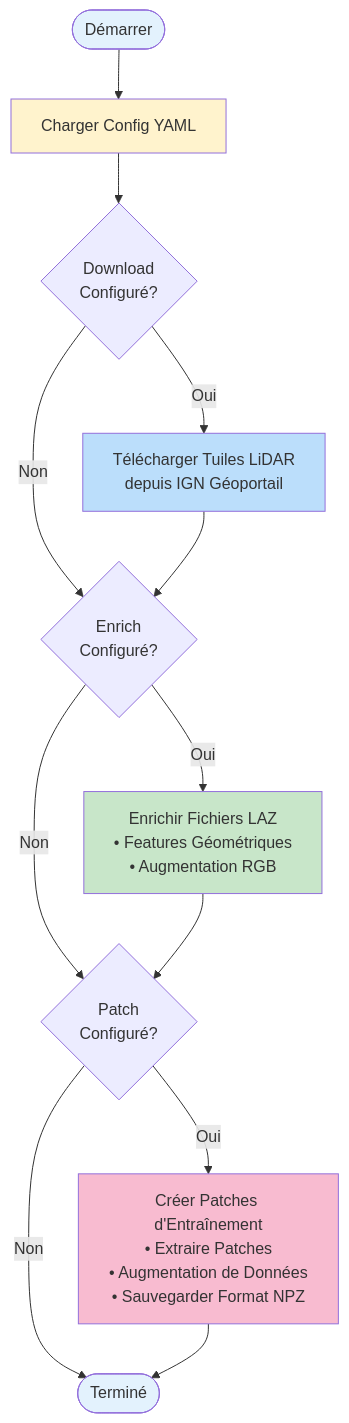
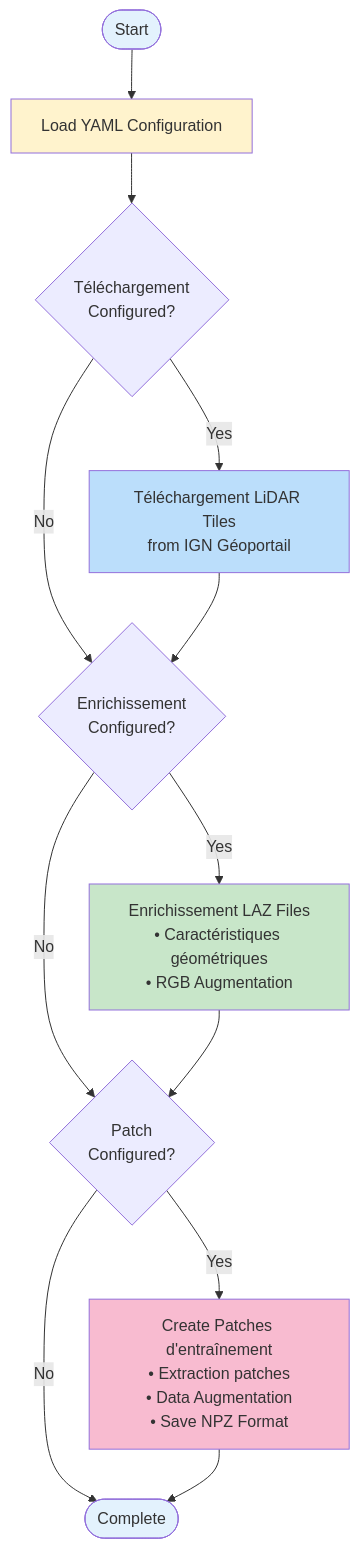
Before and after one commit to sducournau/IGN_LIDAR_HD_DATASET: the second of 2 diagrams in website/i18n/fr/docusaurus-plugin-content-docs/current/features/pipeline-configuration.md, drawn with Mermaid. The commit also changed other lines of this file and 42 other files, not shown here.

````diff
--- a/website/i18n/fr/docusaurus-plugin-content-docs/current/features/pipeline-configuration.md
+++ b/website/i18n/fr/docusaurus-plugin-content-docs/current/features/pipeline-configuration.md
@@ -42,24 +42,24 @@
 ```mermaid
 flowchart TD
-    Start([Démarrer]) --> Config[Charger Config YAML]
-    Config --> HasDownload{Download<br/>Configuré?}
+    Start([Start]) --> Config[Load YAML Configuration]
+    Config --> HasTéléchargement{Téléchargement<br/>Configured?}
 
-    HasDownload -->|Oui| Download[Télécharger Tuiles LiDAR<br/>depuis IGN Géoportail]
-    HasDownload -->|Non| HasEnrich{Enrich<br/>Configuré?}
-    Download --> HasEnrich
+    HasTéléchargement -->|Yes| Téléchargement[Téléchargement LiDAR Tiles<br/>from IGN Géoportail]
+    HasTéléchargement -->|No| HasEnrichissement{Enrichissement<br/>Configured?}
+    Téléchargement --> HasEnrichissement
 
-    HasEnrich -->|Oui| Enrich[Enrichir Fichiers LAZ<br/>• Features Géométriques<br/>• Augmentation RGB]
-    HasEnrich -->|Non| HasPatch{Patch<br/>Configuré?}
-    Enrich --> HasPatch
+    HasEnrichissement -->|Yes| Enrichissement[Enrichissement LAZ Files<br/>• Caractéristiques géométriques<br/>• RGB Augmentation]
+    HasEnrichissement -->|No| HasPatch{Patch<br/>Configured?}
+    Enrichissement --> HasPatch
 
-    HasPatch -->|Oui| Patch[Créer Patches d'Entraînement<br/>• Extraire Patches<br/>• Augmentation de Données<br/>• Sauvegarder Format NPZ]
-    HasPatch -->|Non| End([Terminé])
+    HasPatch -->|Yes| Patch[Create Patches d'entraînement<br/>• Extraction patches<br/>• Data Augmentation<br/>• Save NPZ Format]
+    HasPatch -->|No| End([Complete])
     Patch --> End
 
     style Start fill:#e3f2fd
     style Config fill:#fff3cd
-    style Download fill:#bbdefb
-    style Enrich fill:#c8e6c9
+    style Téléchargement fill:#bbdefb
+    style Enrichissement fill:#c8e6c9
     style Patch fill:#f8bbd0
     style End fill:#e3f2fd
 ```
````
